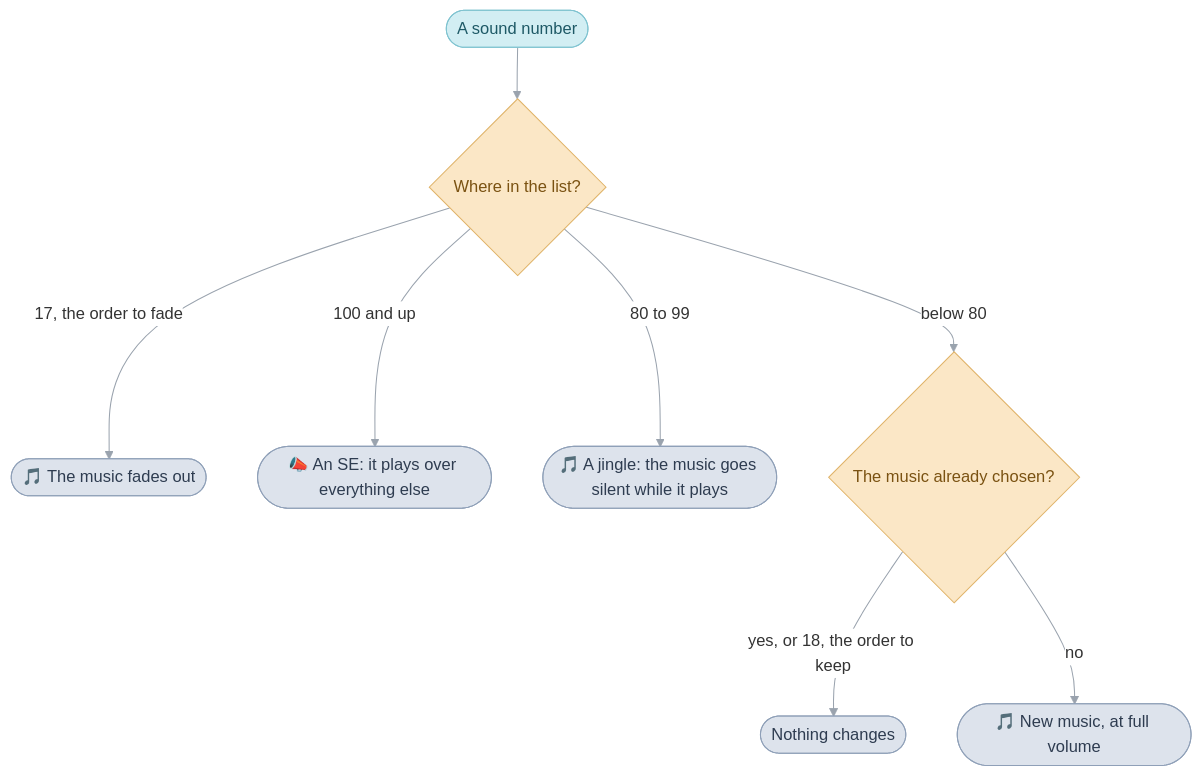
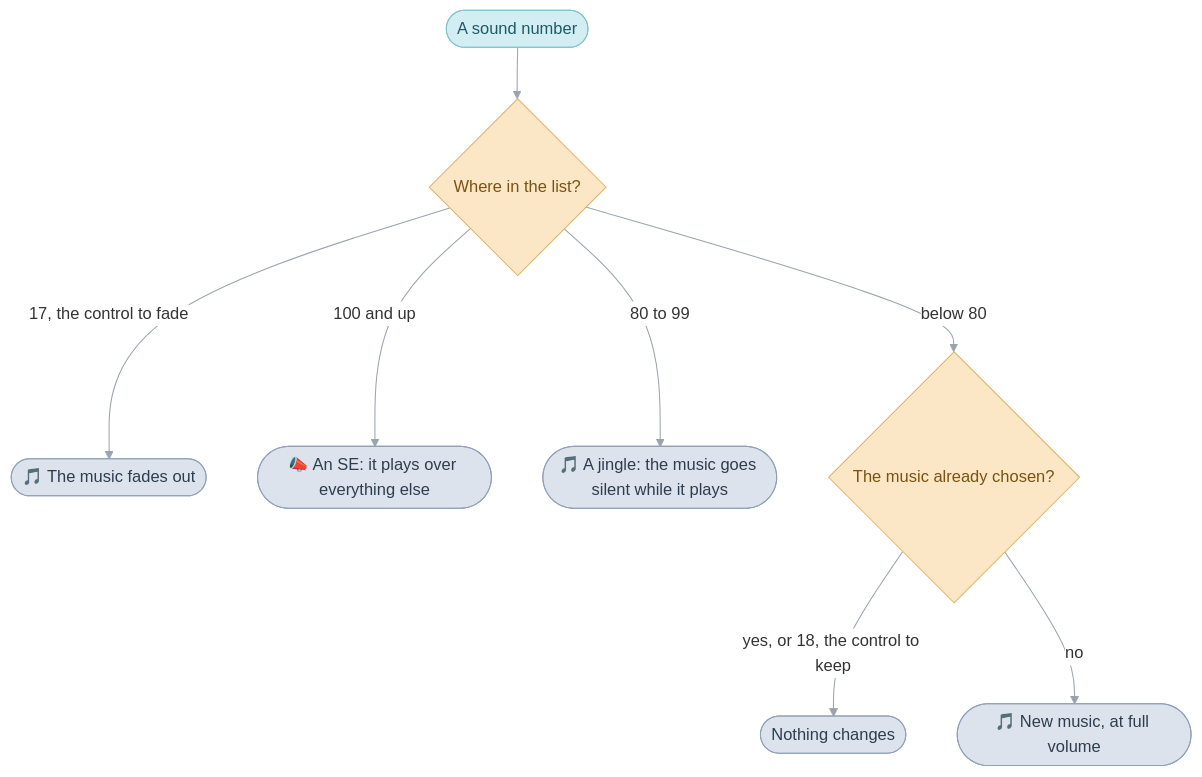
The first of 4 diagrams in games/tbs/src/sound/README.md (PascalPixel/alchemy), drawn with Mermaid before and after one commit. The commit also changed other lines of this file and 20 other files, not shown here.

````diff
--- a/games/tbs/src/sound/README.md
+++ b/games/tbs/src/sound/README.md
@@ -70,17 +70,17 @@
 ```mermaid
 %%{init: {"theme": "base", "themeVariables": {"lineColor": "#9AA3AE", "edgeLabelBackground": "#FFFFFF"}, "flowchart": {"curve": "basis", "padding": 12}}}%%
 flowchart TD
   number(["A sound number"]) --> order{"Where in the list?"}
-  order -- "17, the order to fade" --> fade(["🎵 The music fades out"])
+  order -- "17, the control to fade" --> fade(["🎵 The music fades out"])
   order -- "100 and up" --> se(["📣 An SE: it plays over everything else"])
   order -- "80 to 99" --> jingle(["🎵 A jingle: the music goes silent while it plays"])
   order -- "below 80" --> music{"The music already chosen?"}
-  music -- "yes, or 18, the order to keep" --> keep(["Nothing changes"])
+  music -- "yes, or 18, the control to keep" --> keep(["Nothing changes"])
   music -- "no" --> start(["🎵 New music, at full volume"])
   classDef layer fill:#D2EEF3,stroke:#7FC3D0,color:#1E5966
   classDef check fill:#FBE7C6,stroke:#E0B46A,color:#7A5212
   classDef out fill:#DDE3EC,stroke:#8FA0B8,color:#2E3C50
   class number layer
   class order,music check
   class fade,se,jingle,keep,start out
 ```
````
